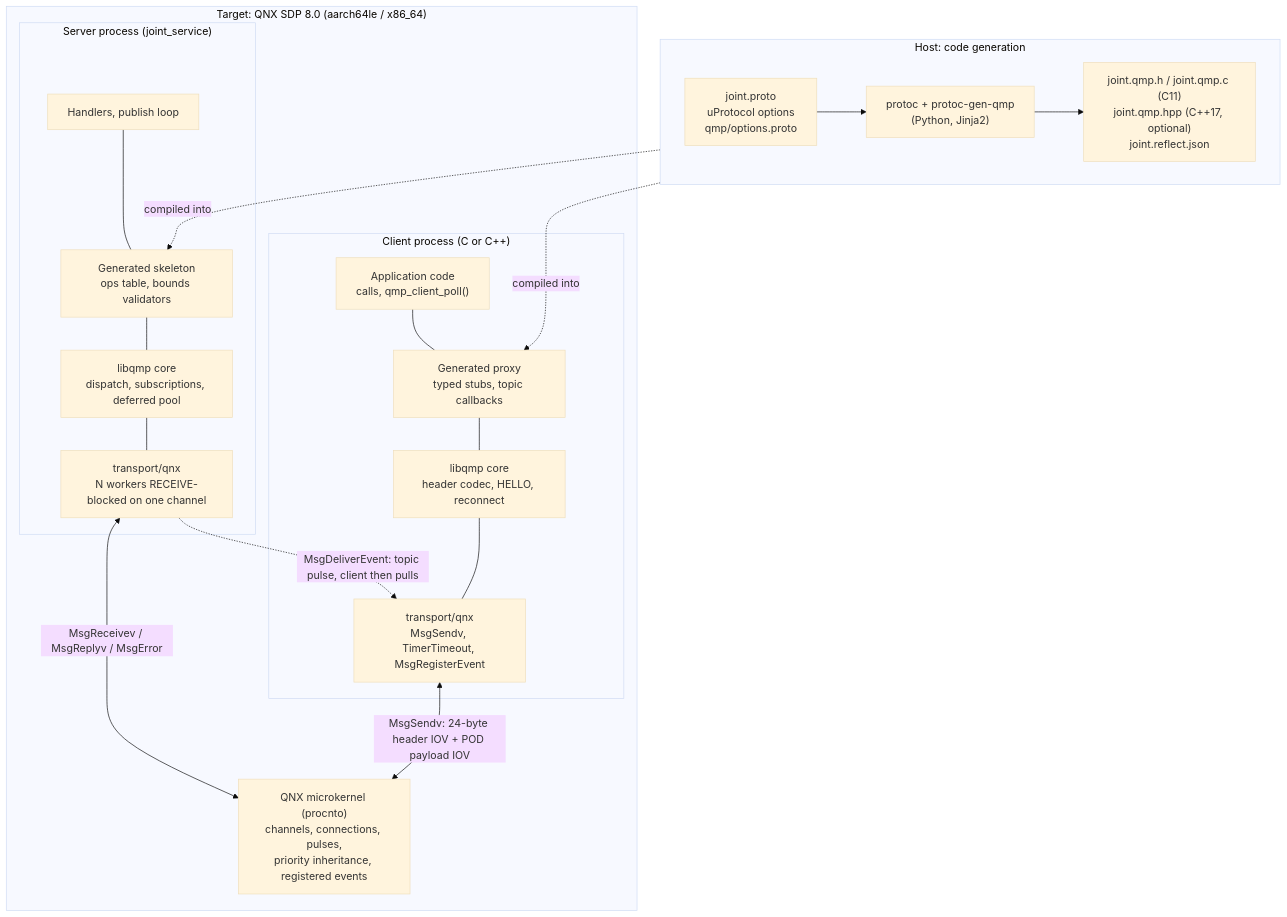
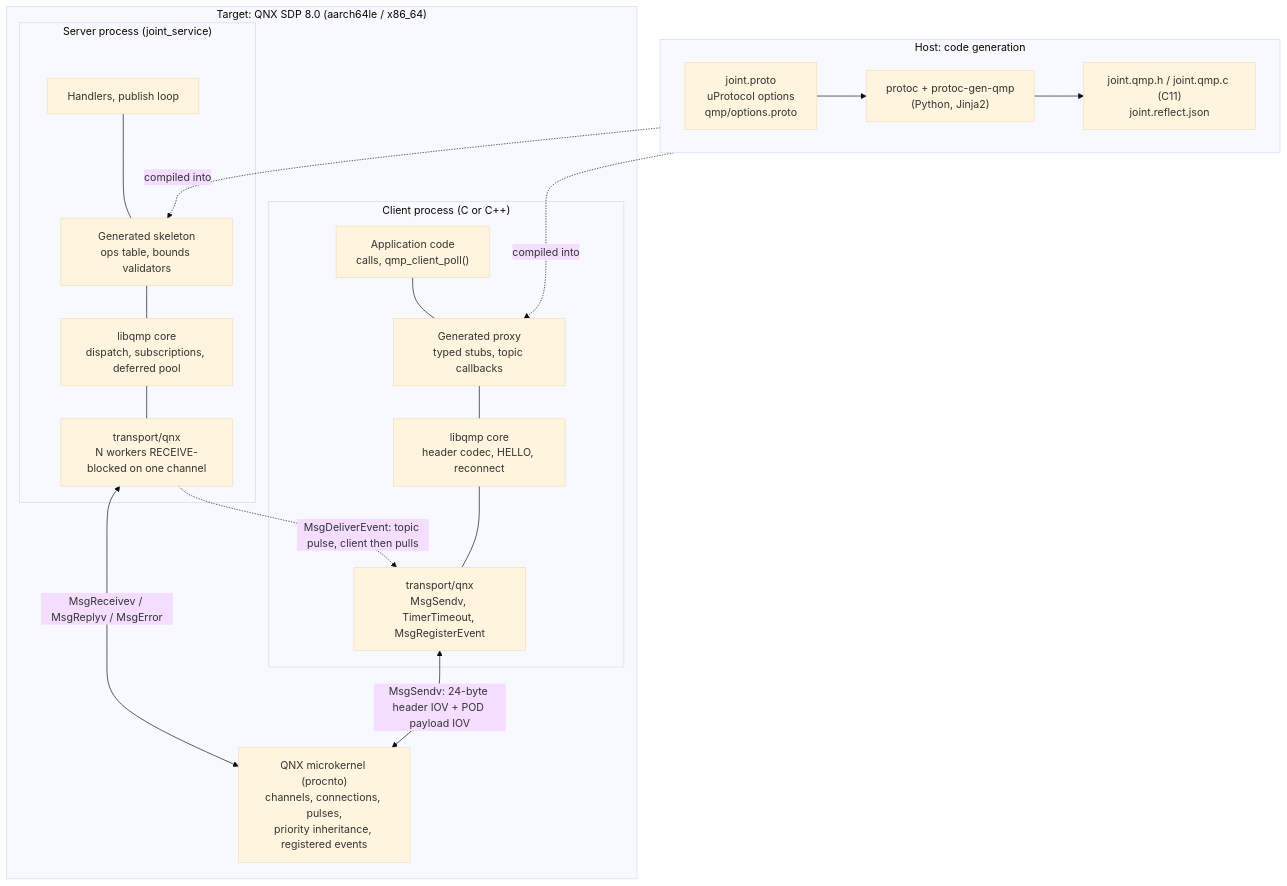
Before and after one commit to miketsukerman/qmp: the diagram in README.md, drawn with Mermaid (base theme). The commit also changed other lines of this file and 3 other files, not shown here.

````diff
--- a/README.md
+++ b/README.md
@@ -20,37 +78,37 @@
 ```mermaid
 flowchart TB
   subgraph HOST["Host: code generation"]
     direction LR
     proto["joint.proto<br/>uProtocol options<br/>qmp/options.proto"]
     gen["protoc + protoc-gen-qmp<br/>(Python, Jinja2)"]
-    art["joint.qmp.h / joint.qmp.c (C11)<br/>joint.qmp.hpp (C++17, optional)<br/>joint.reflect.json"]
+    art["joint.qmp.h / joint.qmp.c (C11)<br/>joint.reflect.json"]
     proto --> gen --> art
   end
 
   subgraph TARGET["Target: QNX SDP 8.0 (aarch64le / x86_64)"]
     subgraph CLIENT["Client process (C or C++)"]
       c_user["Application code<br/>calls, qmp_client_poll()"]
       c_gen["Generated proxy<br/>typed stubs, topic callbacks"]
       c_core["libqmp core<br/>header codec, HELLO, reconnect"]
       c_tx["transport/qnx<br/>MsgSendv, TimerTimeout, MsgRegisterEvent"]
       c_user --- c_gen --- c_core --- c_tx
     end
 
     subgraph SERVER["Server process (joint_service)"]
       s_user["Handlers, publish loop"]
       s_gen["Generated skeleton<br/>ops table, bounds validators"]
       s_core["libqmp core<br/>dispatch, subscriptions, deferred pool"]
       s_tx["transport/qnx<br/>N workers RECEIVE-blocked on one channel"]
       s_user --- s_gen --- s_core --- s_tx
     end
 
     kernel["QNX microkernel (procnto)<br/>channels, connections, pulses,<br/>priority inheritance, registered events"]
 
     c_tx <-->|"MsgSendv: 24-byte header IOV + POD payload IOV"| kernel
     s_tx <-->|"MsgReceivev / MsgReplyv / MsgError"| kernel
     s_tx -.->|"MsgDeliverEvent: topic pulse, client then pulls"| c_tx
   end
 
   art -.->|compiled into| c_gen
   art -.->|compiled into| s_gen
 ```
````
